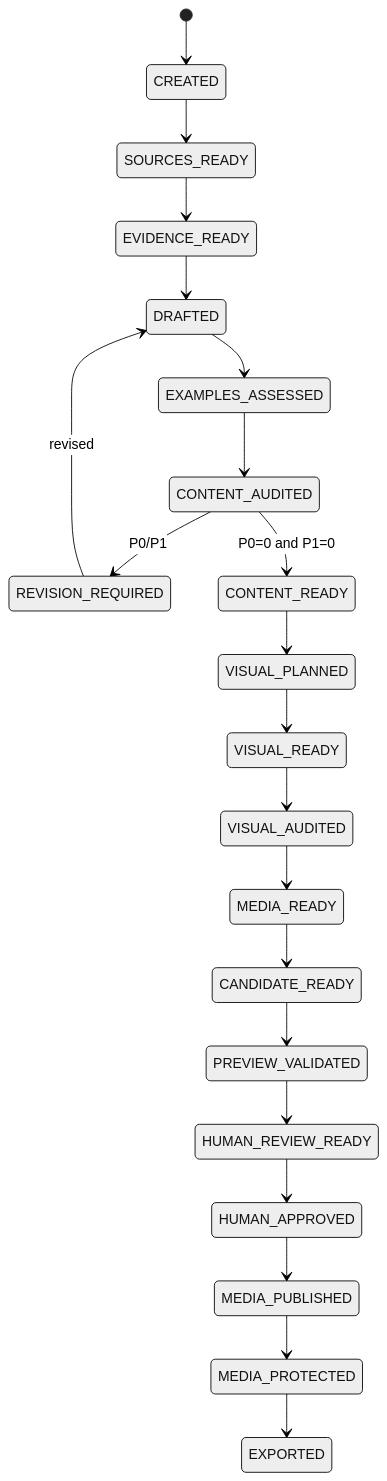
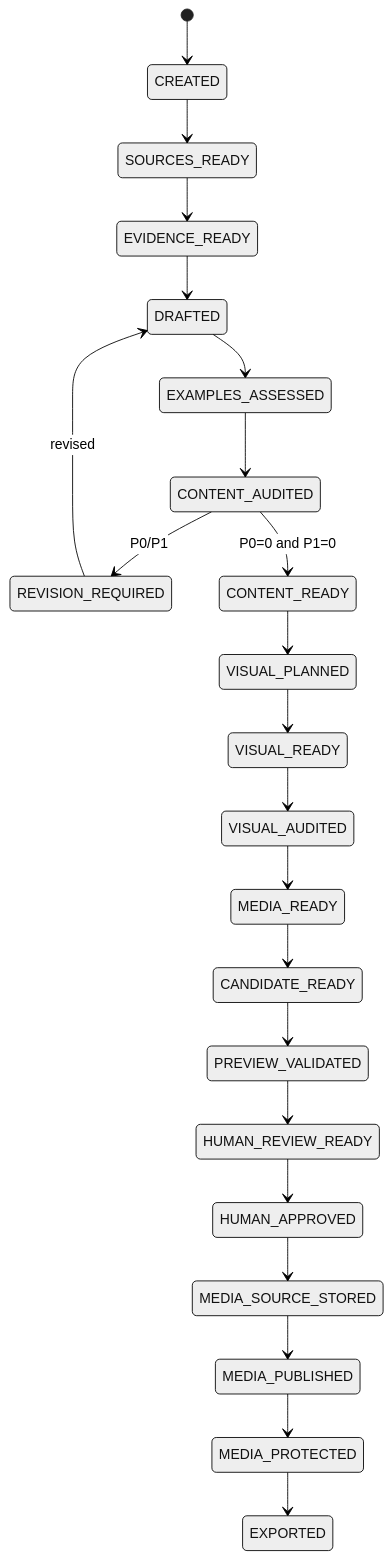
The diagram in docs/architecture/article-state-machine.md (Xpotato1024/xpotato-site), drawn with Mermaid (neutral theme) before and after one commit. The commit also changed other lines of this file, not shown here.

Commit message:
Add private canonical source storage gate

````diff
--- a/docs/architecture/article-state-machine.md
+++ b/docs/architecture/article-state-machine.md
@@ -40,23 +41,24 @@
 ```mermaid
 stateDiagram-v2
     [*] --> CREATED
     CREATED --> SOURCES_READY
     SOURCES_READY --> EVIDENCE_READY
     EVIDENCE_READY --> DRAFTED
     DRAFTED --> EXAMPLES_ASSESSED
     EXAMPLES_ASSESSED --> CONTENT_AUDITED
     CONTENT_AUDITED --> REVISION_REQUIRED: P0/P1
     REVISION_REQUIRED --> DRAFTED: revised
     CONTENT_AUDITED --> CONTENT_READY: P0=0 and P1=0
     CONTENT_READY --> VISUAL_PLANNED
     VISUAL_PLANNED --> VISUAL_READY
     VISUAL_READY --> VISUAL_AUDITED
     VISUAL_AUDITED --> MEDIA_READY
     MEDIA_READY --> CANDIDATE_READY
     CANDIDATE_READY --> PREVIEW_VALIDATED
     PREVIEW_VALIDATED --> HUMAN_REVIEW_READY
     HUMAN_REVIEW_READY --> HUMAN_APPROVED
-    HUMAN_APPROVED --> MEDIA_PUBLISHED
+    HUMAN_APPROVED --> MEDIA_SOURCE_STORED
+    MEDIA_SOURCE_STORED --> MEDIA_PUBLISHED
     MEDIA_PUBLISHED --> MEDIA_PROTECTED
     MEDIA_PROTECTED --> EXPORTED
 ```
````
